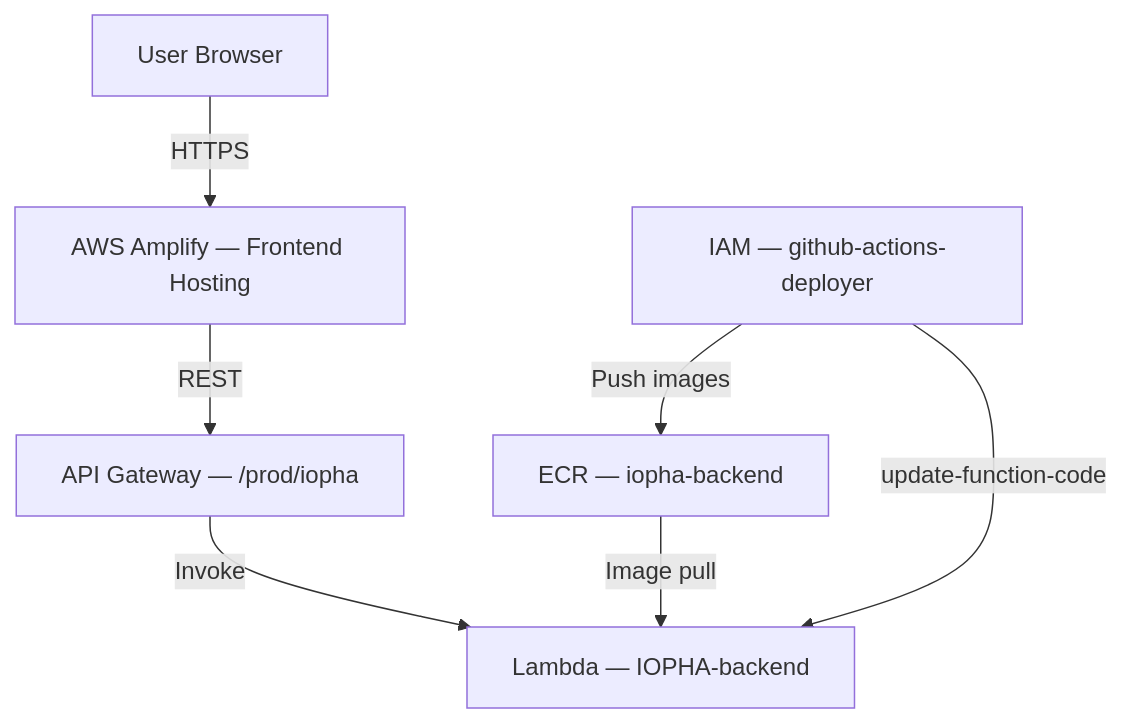
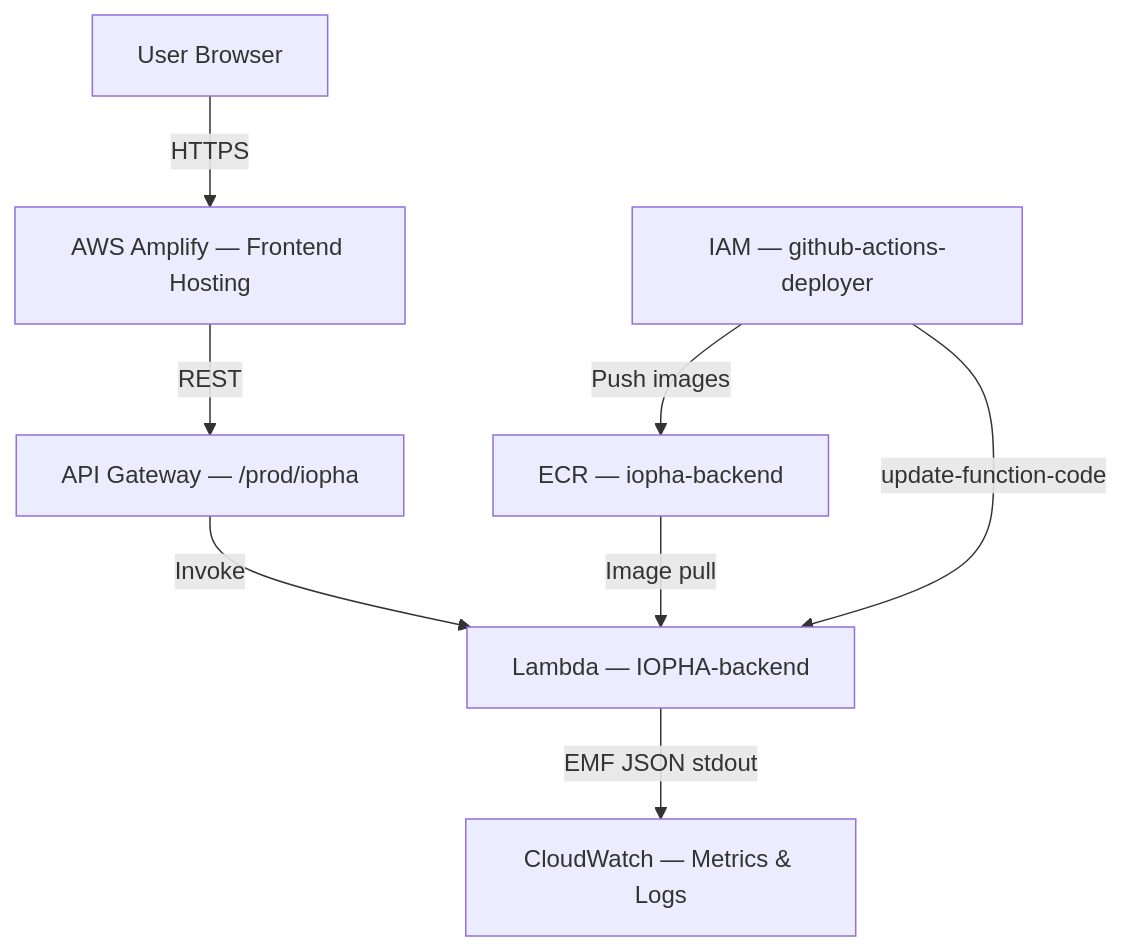
One commit to DragonStone12/IOPHA changed the diagram in docs/infra/AWS_TECHNOLOGIES.md. Above: the diagram before and after it, drawn with Mermaid. The commit also changed other lines of this file and 12 other files, not shown here.

First line of the commit message:
feat(metrics): replace Prometheus with EMF for core infrastructure metrics (Phase 1)

````diff
--- a/docs/infra/AWS_TECHNOLOGIES.md
+++ b/docs/infra/AWS_TECHNOLOGIES.md
@@ -27,9 +28,10 @@
 ```mermaid
 graph TD
     User[User Browser] -->|HTTPS| Amplify[AWS Amplify — Frontend Hosting]
     Amplify -->|REST| APIGW[API Gateway — /prod/iopha]
     APIGW -->|Invoke| Lambda[Lambda — IOPHA-backend]
     ECR[ECR — iopha-backend] -->|Image pull| Lambda
     IAM[IAM — github-actions-deployer] -->|Push images| ECR
     IAM -->|update-function-code| Lambda
+    Lambda -->|EMF JSON stdout| CW[CloudWatch — Metrics & Logs]
 ```
````
